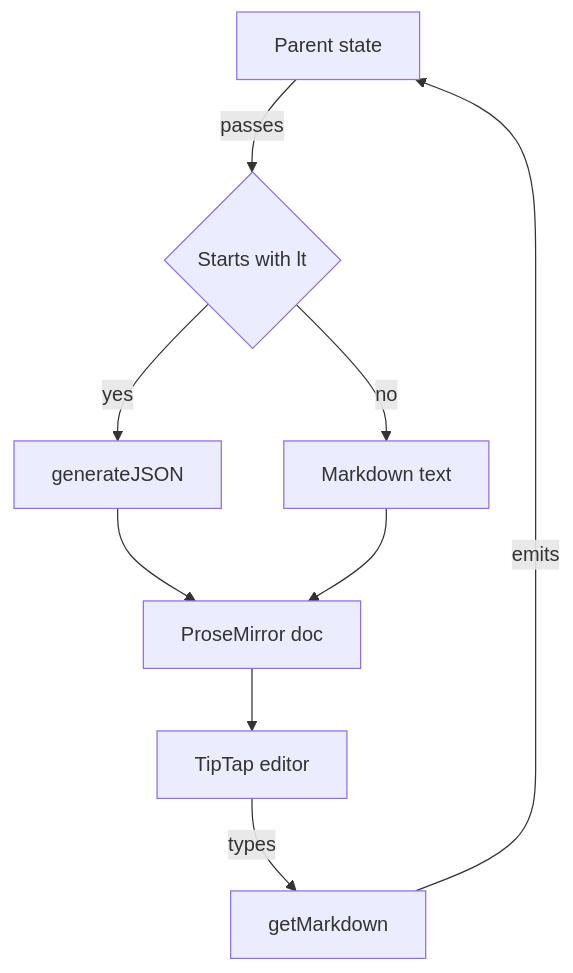
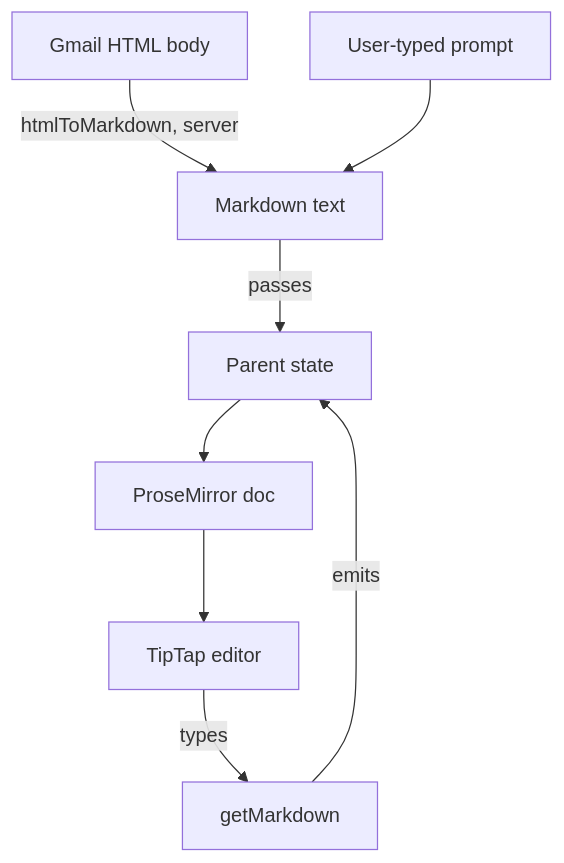
Before and after one commit to gnestor/agent-inbox: the diagram in docs/system/rich-text-editor.md, drawn with Mermaid. The commit also changed other lines of this file and 9 other files, not shown here.

````diff
--- a/docs/system/rich-text-editor.md
+++ b/docs/system/rich-text-editor.md
@@ -17,11 +17,10 @@
 ```mermaid
 flowchart TD
-    Parent[Parent state] -->|passes| Check{Starts with lt}
-    Check -->|yes| HTML[generateJSON]
-    Check -->|no| MDIn[Markdown text]
-    HTML --> Doc[ProseMirror doc]
-    MDIn --> Doc
+    Gmail[Gmail HTML body] -->|htmlToMarkdown, server| MDIn
+    Typed[User-typed prompt] --> MDIn
+    MDIn[Markdown text] -->|passes| Parent[Parent state]
+    Parent --> Doc[ProseMirror doc]
     Doc --> Editor[TipTap editor]
     Editor -->|types| GetMD[getMarkdown]
     GetMD -->|emits| Parent
 ```
````
